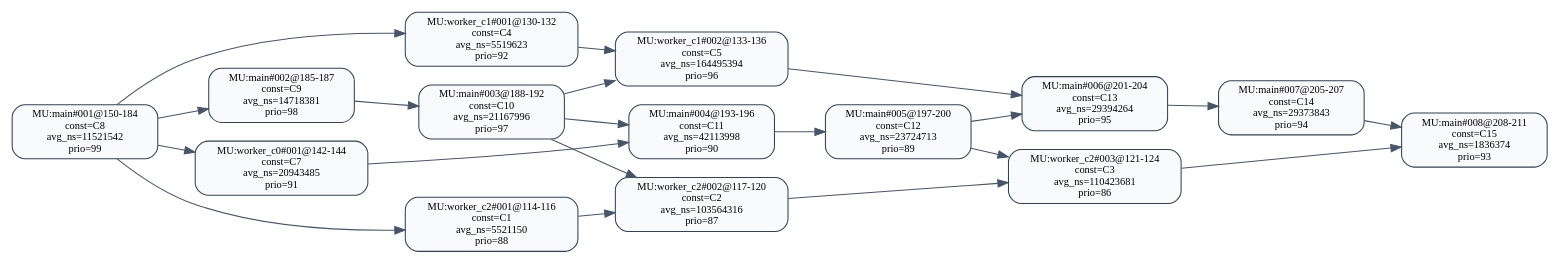
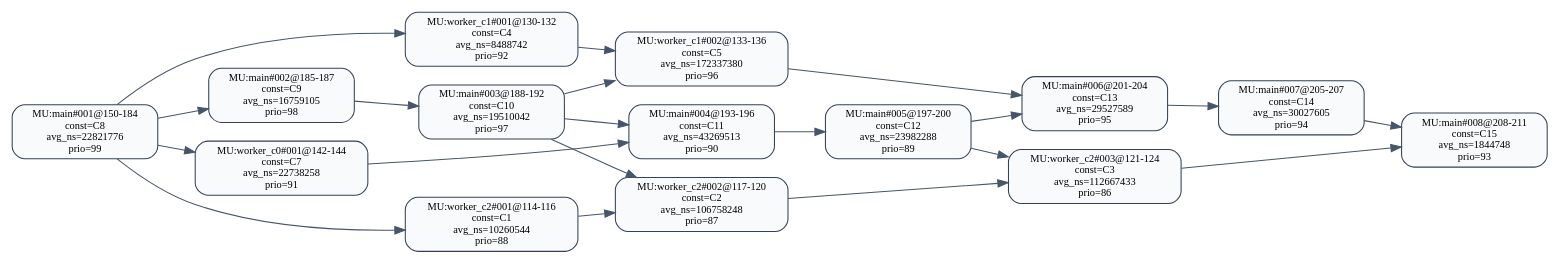
One commit to RTS-SYSU/DAG-Gen changed the diagram in 中间结果/zhang2/pipeline/validation/level2/effective_line_merge/zhao2020/dag_seg_annotated.dot. Above: the diagram before and after it, drawn with Graphviz. The commit also changed 1118 other files, not shown here.

```diff
--- a/中间结果/zhang2/pipeline/validation/level2/effective_line_merge/zhao2020/dag_seg_annotated.dot
+++ b/中间结果/zhang2/pipeline/validation/level2/effective_line_merge/zhao2020/dag_seg_annotated.dot
@@ -1,38 +1,38 @@
 digraph dag_seg_annotated {
   rankdir=LR;
   node [shape=box, style="rounded,filled", fillcolor="#F8FAFC", color="#334155", fontsize=10];
   edge [color="#475569"];
-  "MU:main#001@150-184" [label="MU:main#001@150-184\nconst=C8\navg_ns=11521542\nprio=99"];
-  "MU:main#002@185-187" [label="MU:main#002@185-187\nconst=C9\navg_ns=14718381\nprio=98"];
-  "MU:main#003@188-192" [label="MU:main#003@188-192\nconst=C10\navg_ns=21167996\nprio=97"];
-  "MU:main#004@193-196" [label="MU:main#004@193-196\nconst=C11\navg_ns=42113998\nprio=90"];
-  "MU:main#005@197-200" [label="MU:main#005@197-200\nconst=C12\navg_ns=23724713\nprio=89"];
-  "MU:main#006@201-204" [label="MU:main#006@201-204\nconst=C13\navg_ns=29394264\nprio=95"];
-  "MU:main#007@205-207" [label="MU:main#007@205-207\nconst=C14\navg_ns=29373843\nprio=94"];
-  "MU:main#008@208-211" [label="MU:main#008@208-211\nconst=C15\navg_ns=1836374\nprio=93"];
-  "MU:worker_c0#001@142-144" [label="MU:worker_c0#001@142-144\nconst=C7\navg_ns=20943485\nprio=91"];
-  "MU:worker_c1#001@130-132" [label="MU:worker_c1#001@130-132\nconst=C4\navg_ns=5519623\nprio=92"];
-  "MU:worker_c1#002@133-136" [label="MU:worker_c1#002@133-136\nconst=C5\navg_ns=164495394\nprio=96"];
-  "MU:worker_c2#001@114-116" [label="MU:worker_c2#001@114-116\nconst=C1\navg_ns=5521150\nprio=88"];
-  "MU:worker_c2#002@117-120" [label="MU:worker_c2#002@117-120\nconst=C2\navg_ns=103564316\nprio=87"];
-  "MU:worker_c2#003@121-124" [label="MU:worker_c2#003@121-124\nconst=C3\navg_ns=110423681\nprio=86"];
+  "MU:main#001@150-184" [label="MU:main#001@150-184\nconst=C8\navg_ns=22821776\nprio=99"];
+  "MU:main#002@185-187" [label="MU:main#002@185-187\nconst=C9\navg_ns=16759105\nprio=98"];
+  "MU:main#003@188-192" [label="MU:main#003@188-192\nconst=C10\navg_ns=19510042\nprio=97"];
+  "MU:main#004@193-196" [label="MU:main#004@193-196\nconst=C11\navg_ns=43269513\nprio=90"];
+  "MU:main#005@197-200" [label="MU:main#005@197-200\nconst=C12\navg_ns=23982288\nprio=89"];
+  "MU:main#006@201-204" [label="MU:main#006@201-204\nconst=C13\navg_ns=29527589\nprio=95"];
+  "MU:main#007@205-207" [label="MU:main#007@205-207\nconst=C14\navg_ns=30027605\nprio=94"];
+  "MU:main#008@208-211" [label="MU:main#008@208-211\nconst=C15\navg_ns=1844748\nprio=93"];
+  "MU:worker_c0#001@142-144" [label="MU:worker_c0#001@142-144\nconst=C7\navg_ns=22738258\nprio=91"];
+  "MU:worker_c1#001@130-132" [label="MU:worker_c1#001@130-132\nconst=C4\navg_ns=8488742\nprio=92"];
+  "MU:worker_c1#002@133-136" [label="MU:worker_c1#002@133-136\nconst=C5\navg_ns=172337380\nprio=96"];
+  "MU:worker_c2#001@114-116" [label="MU:worker_c2#001@114-116\nconst=C1\navg_ns=10260544\nprio=88"];
+  "MU:worker_c2#002@117-120" [label="MU:worker_c2#002@117-120\nconst=C2\navg_ns=106758248\nprio=87"];
+  "MU:worker_c2#003@121-124" [label="MU:worker_c2#003@121-124\nconst=C3\navg_ns=112667433\nprio=86"];
   "MU:worker_c2#001@114-116" -> "MU:worker_c2#002@117-120";
   "MU:worker_c2#002@117-120" -> "MU:worker_c2#003@121-124";
   "MU:worker_c1#001@130-132" -> "MU:worker_c1#002@133-136";
   "MU:main#001@150-184" -> "MU:main#002@185-187";
   "MU:main#002@185-187" -> "MU:main#003@188-192";
   "MU:main#003@188-192" -> "MU:main#004@193-196";
   "MU:main#004@193-196" -> "MU:main#005@197-200";
   "MU:main#005@197-200" -> "MU:main#006@201-204";
   "MU:main#006@201-204" -> "MU:main#007@205-207";
   "MU:main#007@205-207" -> "MU:main#008@208-211";
   "MU:main#001@150-184" -> "MU:worker_c0#001@142-144";
   "MU:main#001@150-184" -> "MU:worker_c1#001@130-132";
   "MU:main#001@150-184" -> "MU:worker_c2#001@114-116";
   "MU:worker_c0#001@142-144" -> "MU:main#004@193-196";
   "MU:worker_c1#002@133-136" -> "MU:main#006@201-204";
   "MU:worker_c2#003@121-124" -> "MU:main#008@208-211";
   "MU:main#003@188-192" -> "MU:worker_c2#002@117-120";
   "MU:main#005@197-200" -> "MU:worker_c2#003@121-124";
   "MU:main#003@188-192" -> "MU:worker_c1#002@133-136";
 }
```
